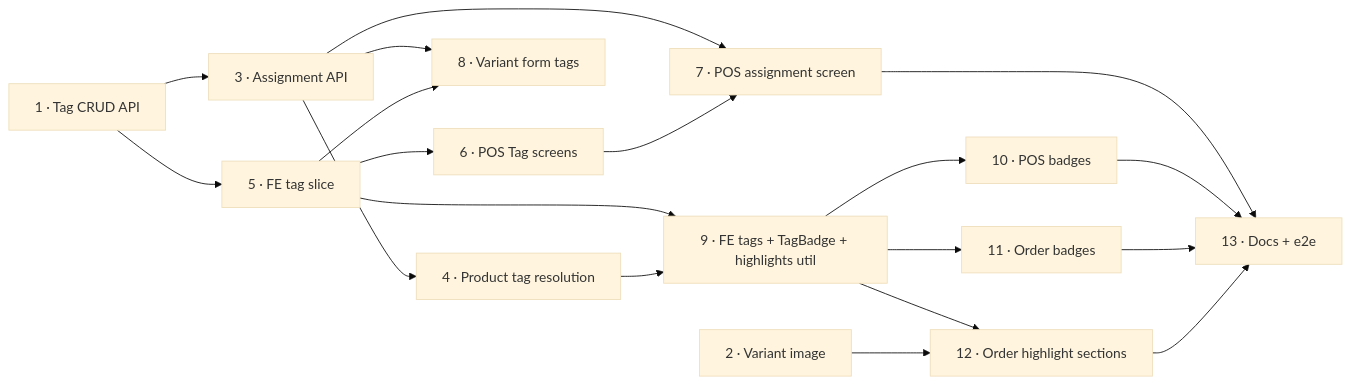
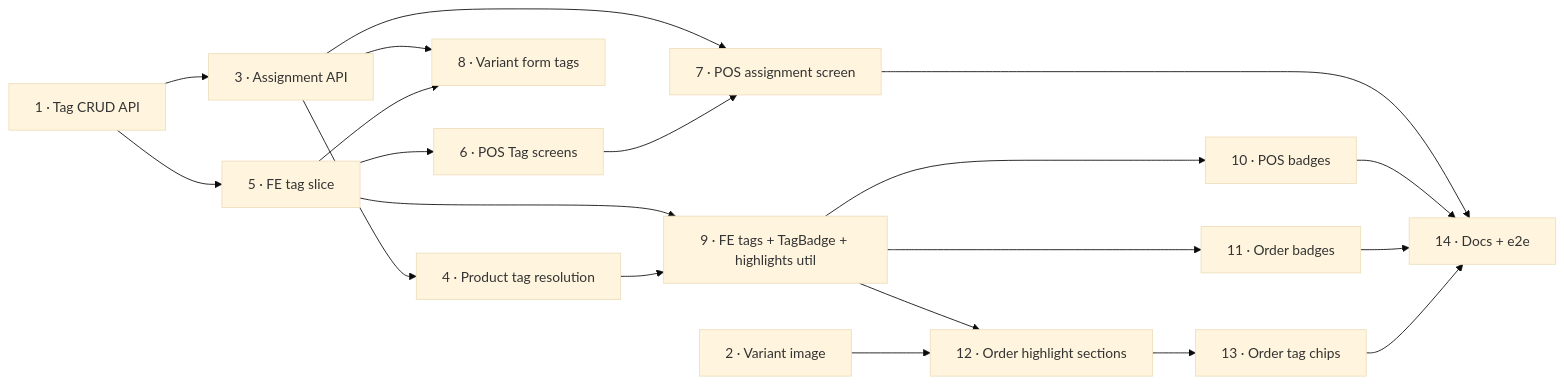
One commit to gatherloop/gatherloop-pos changed the third of 3 diagrams in docs/prd-product-tags.md. Above: the diagram before and after it, drawn with Mermaid (base theme). The commit also changed other lines of this file, not shown here.

````diff
--- a/docs/prd-product-tags.md
+++ b/docs/prd-product-tags.md
@@ -434,21 +489,22 @@
 ```mermaid
 flowchart LR
   P1["1 · Tag CRUD API"] --> P3["3 · Assignment API"]
   P1 --> P5["5 · FE tag slice"]
   P3 --> P4["4 · Product tag resolution"]
   P3 --> P7
   P3 --> P8["8 · Variant form tags"]
   P5 --> P6["6 · POS Tag screens"]
   P5 --> P8
   P5 --> P9
   P6 --> P7["7 · POS assignment screen"]
   P4 --> P9["9 · FE tags + TagBadge + highlights util"]
   P9 --> P10["10 · POS badges"]
   P9 --> P11["11 · Order badges"]
   P9 --> P12["12 · Order highlight sections"]
   P2["2 · Variant image"] --> P12
-  P7 --> P13["13 · Docs + e2e"]
-  P10 --> P13
-  P11 --> P13
-  P12 --> P13
+  P12 --> P13["13 · Order tag chips"]
+  P7 --> P14["14 · Docs + e2e"]
+  P10 --> P14
+  P11 --> P14
+  P13 --> P14
 ```
````
